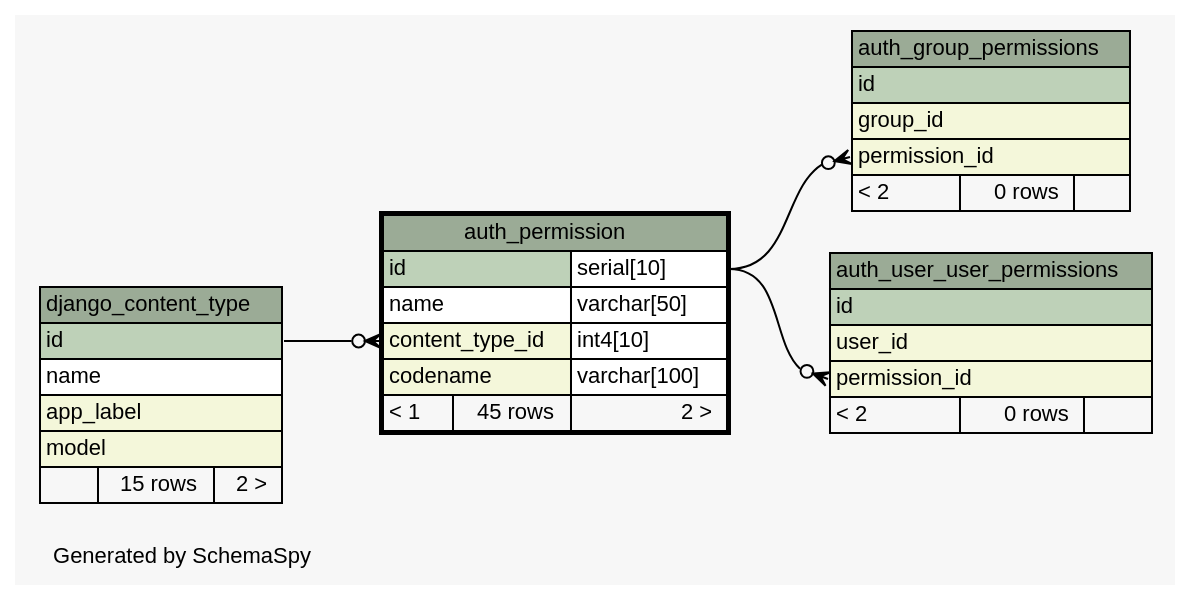
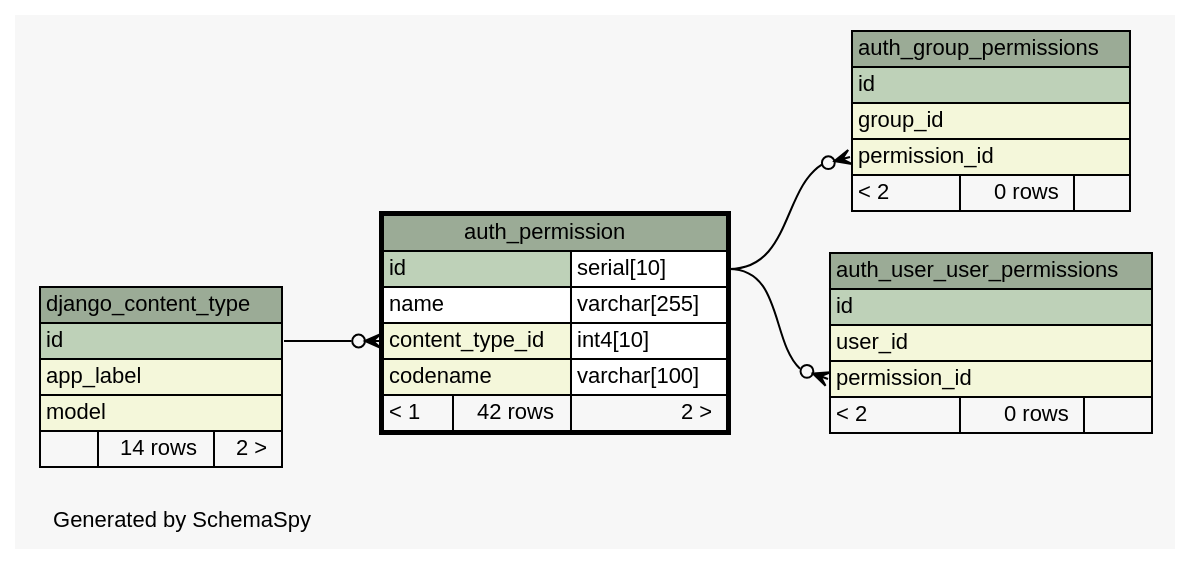
Before and after one commit to jingyayeah/multiscale-galactose: the diagram in database/schema/diagrams/auth_permission.1degree.dot, drawn with Graphviz. The commit also changed 220 other files, not shown here.

Commit message:
Database schema updated & refactoring the Simulation Factories

```diff
--- a/database/schema/diagrams/auth_permission.1degree.dot
+++ b/database/schema/diagrams/auth_permission.1degree.dot
@@ -1,75 +1,74 @@
-// dot 2.26.3 on Linux 3.11.0-12-generic
+// dot 2.36.0 on Linux 3.13.0-43-generic
 // SchemaSpy rev 590
 digraph "oneDegreeRelationshipsDiagram" {
   graph [
     rankdir="RL"
     bgcolor="#f7f7f7"
     label="\nGenerated by SchemaSpy"
     labeljust="l"
     nodesep="0.18"
     ranksep="0.46"
     fontname="Helvetica"
     fontsize="11"
   ];
   node [
     fontname="Helvetica"
     fontsize="11"
     shape="plaintext"
   ];
   edge [
     arrowsize="0.8"
   ];
   "auth_group_permissions":"permission_id":w -> "auth_permission":"id.type":e [arrowhead=none dir=back arrowtail=crowodot];
   "auth_permission":"content_type_id":w -> "django_content_type":"id":e [arrowhead=none dir=back arrowtail=crowodot];
   "auth_user_user_permissions":"permission_id":w -> "auth_permission":"id.type":e [arrowhead=none dir=back arrowtail=crowodot];
   "auth_group_permissions" [
     label=<
     <TABLE BORDER="0" CELLBORDER="1" CELLSPACING="0" BGCOLOR="#ffffff">
       <TR><TD COLSPAN="3" BGCOLOR="#9bab96" ALIGN="CENTER">auth_group_permissions</TD></TR>
       <TR><TD PORT="id" COLSPAN="3" BGCOLOR="#bed1b8" ALIGN="LEFT">id</TD></TR>
       <TR><TD PORT="group_id" COLSPAN="3" BGCOLOR="#f4f7da" ALIGN="LEFT">group_id</TD></TR>
       <TR><TD PORT="permission_id" COLSPAN="3" BGCOLOR="#f4f7da" ALIGN="LEFT">permission_id</TD></TR>
       <TR><TD ALIGN="LEFT" BGCOLOR="#f7f7f7">&lt; 2</TD><TD ALIGN="RIGHT" BGCOLOR="#f7f7f7">0 rows</TD><TD ALIGN="RIGHT" BGCOLOR="#f7f7f7">  </TD></TR>
     </TABLE>>
     URL="auth_group_permissions.html"
     tooltip="auth_group_permissions"
   ];
   "auth_permission" [
     label=<
     <TABLE BORDER="2" CELLBORDER="1" CELLSPACING="0" BGCOLOR="#ffffff">
       <TR><TD COLSPAN="3" BGCOLOR="#9bab96" ALIGN="CENTER">auth_permission</TD></TR>
       <TR><TD PORT="id" COLSPAN="2" BGCOLOR="#bed1b8" ALIGN="LEFT">id</TD><TD PORT="id.type" ALIGN="LEFT">serial[10]</TD></TR>
-      <TR><TD PORT="name" COLSPAN="2" ALIGN="LEFT">name</TD><TD PORT="name.type" ALIGN="LEFT">varchar[50]</TD></TR>
+      <TR><TD PORT="name" COLSPAN="2" ALIGN="LEFT">name</TD><TD PORT="name.type" ALIGN="LEFT">varchar[255]</TD></TR>
       <TR><TD PORT="content_type_id" COLSPAN="2" BGCOLOR="#f4f7da" ALIGN="LEFT">content_type_id</TD><TD PORT="content_type_id.type" ALIGN="LEFT">int4[10]</TD></TR>
       <TR><TD PORT="codename" COLSPAN="2" BGCOLOR="#f4f7da" ALIGN="LEFT">codename</TD><TD PORT="codename.type" ALIGN="LEFT">varchar[100]</TD></TR>
-      <TR><TD ALIGN="LEFT" BGCOLOR="#f7f7f7">&lt; 1</TD><TD ALIGN="RIGHT" BGCOLOR="#f7f7f7">45 rows</TD><TD ALIGN="RIGHT" BGCOLOR="#f7f7f7">2 &gt;</TD></TR>
+      <TR><TD ALIGN="LEFT" BGCOLOR="#f7f7f7">&lt; 1</TD><TD ALIGN="RIGHT" BGCOLOR="#f7f7f7">42 rows</TD><TD ALIGN="RIGHT" BGCOLOR="#f7f7f7">2 &gt;</TD></TR>
     </TABLE>>
     URL="auth_permission.html"
     tooltip="auth_permission"
   ];
   "auth_user_user_permissions" [
     label=<
     <TABLE BORDER="0" CELLBORDER="1" CELLSPACING="0" BGCOLOR="#ffffff">
       <TR><TD COLSPAN="3" BGCOLOR="#9bab96" ALIGN="CENTER">auth_user_user_permissions</TD></TR>
       <TR><TD PORT="id" COLSPAN="3" BGCOLOR="#bed1b8" ALIGN="LEFT">id</TD></TR>
       <TR><TD PORT="user_id" COLSPAN="3" BGCOLOR="#f4f7da" ALIGN="LEFT">user_id</TD></TR>
       <TR><TD PORT="permission_id" COLSPAN="3" BGCOLOR="#f4f7da" ALIGN="LEFT">permission_id</TD></TR>
       <TR><TD ALIGN="LEFT" BGCOLOR="#f7f7f7">&lt; 2</TD><TD ALIGN="RIGHT" BGCOLOR="#f7f7f7">0 rows</TD><TD ALIGN="RIGHT" BGCOLOR="#f7f7f7">  </TD></TR>
     </TABLE>>
     URL="auth_user_user_permissions.html"
     tooltip="auth_user_user_permissions"
   ];
   "django_content_type" [
     label=<
     <TABLE BORDER="0" CELLBORDER="1" CELLSPACING="0" BGCOLOR="#ffffff">
       <TR><TD COLSPAN="3" BGCOLOR="#9bab96" ALIGN="CENTER">django_content_type</TD></TR>
       <TR><TD PORT="id" COLSPAN="3" BGCOLOR="#bed1b8" ALIGN="LEFT">id</TD></TR>
-      <TR><TD PORT="name" COLSPAN="3" ALIGN="LEFT">name</TD></TR>
       <TR><TD PORT="app_label" COLSPAN="3" BGCOLOR="#f4f7da" ALIGN="LEFT">app_label</TD></TR>
       <TR><TD PORT="model" COLSPAN="3" BGCOLOR="#f4f7da" ALIGN="LEFT">model</TD></TR>
-      <TR><TD ALIGN="LEFT" BGCOLOR="#f7f7f7">  </TD><TD ALIGN="RIGHT" BGCOLOR="#f7f7f7">15 rows</TD><TD ALIGN="RIGHT" BGCOLOR="#f7f7f7">2 &gt;</TD></TR>
+      <TR><TD ALIGN="LEFT" BGCOLOR="#f7f7f7">  </TD><TD ALIGN="RIGHT" BGCOLOR="#f7f7f7">14 rows</TD><TD ALIGN="RIGHT" BGCOLOR="#f7f7f7">2 &gt;</TD></TR>
     </TABLE>>
     URL="django_content_type.html"
     tooltip="django_content_type"
   ];
 }
```
